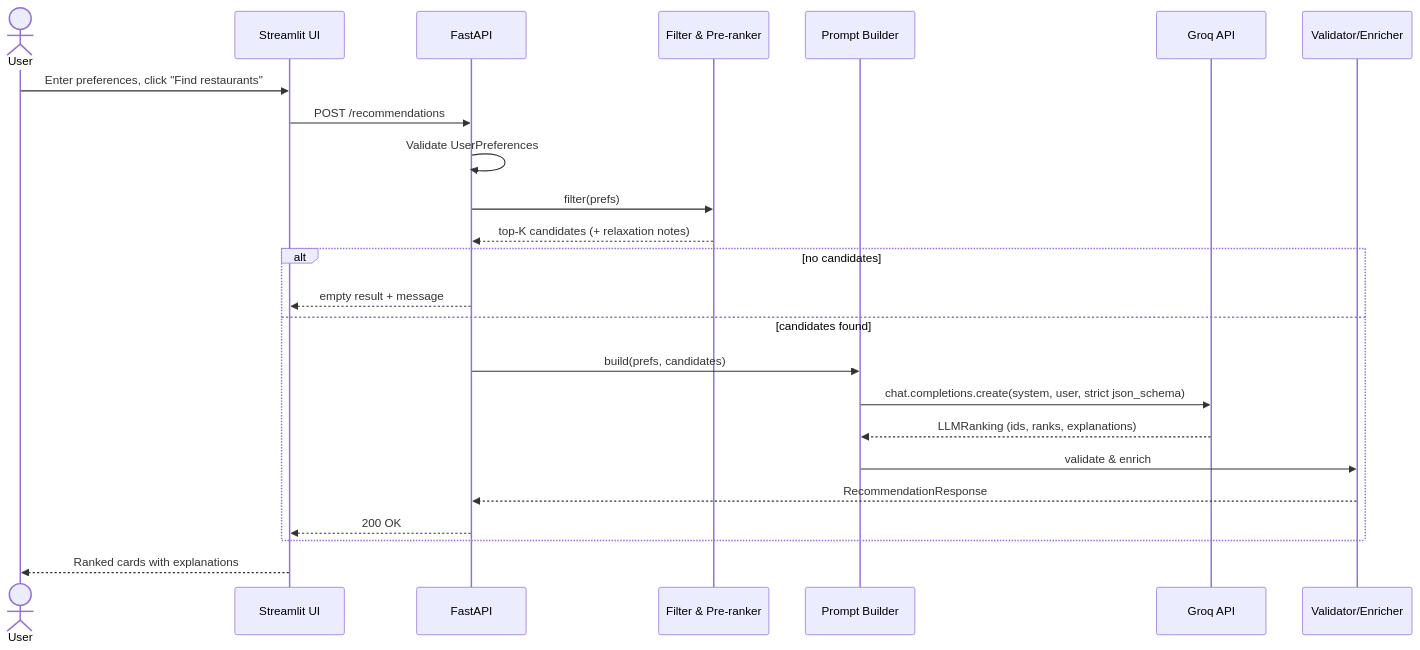
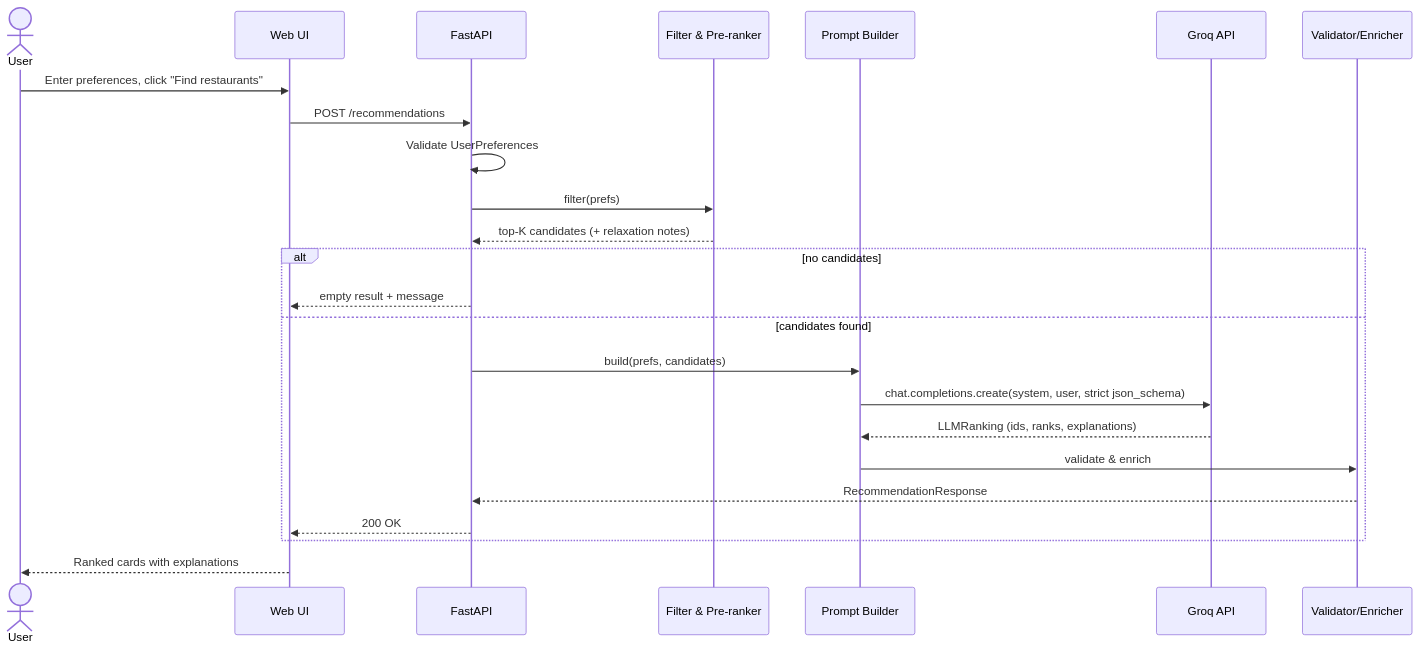
Before and after one commit to akashtickoo/ZomatoPoc: the second of 2 diagrams in docs/architecture.md, drawn with Mermaid. The commit also changed other lines of this file and 25 other files, not shown here.

````diff
--- a/docs/architecture.md
+++ b/docs/architecture.md
@@ -400,27 +392,27 @@
 ```mermaid
 sequenceDiagram
     actor U as User
-    participant UI as Streamlit UI
+    participant UI as Web UI
     participant API as FastAPI
     participant F as Filter & Pre-ranker
     participant P as Prompt Builder
     participant C as Groq API
     participant V as Validator/Enricher
 
     U->>UI: Enter preferences, click "Find restaurants"
     UI->>API: POST /recommendations
     API->>API: Validate UserPreferences
     API->>F: filter(prefs)
     F-->>API: top-K candidates (+ relaxation notes)
     alt no candidates
         API-->>UI: empty result + message
     else candidates found
         API->>P: build(prefs, candidates)
         P->>C: chat.completions.create(system, user, strict json_schema)
         C-->>P: LLMRanking (ids, ranks, explanations)
         P->>V: validate & enrich
         V-->>API: RecommendationResponse
         API-->>UI: 200 OK
     end
     UI-->>U: Ranked cards with explanations
 ```
````
